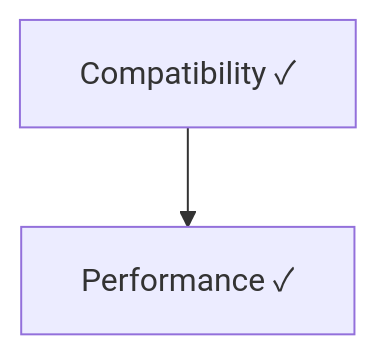
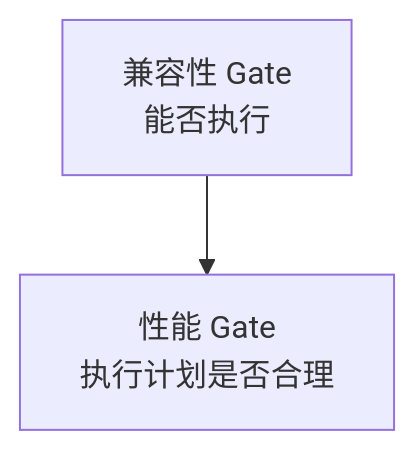
Before and after one commit to PawSQL/pawsql-docs-mantlify: the third of 3 diagrams in docs/use-cases/database-migration-sql-governance.mdx, drawn with Mermaid. The commit also changed other lines of this file and 82 other files, not shown here.

````diff
--- a/docs/use-cases/database-migration-sql-governance.mdx
+++ b/docs/use-cases/database-migration-sql-governance.mdx
@@ -980,4 +106,4 @@
 ```mermaid
 flowchart TD
-    A["Compatibility ✓"] --> B["Performance ✓"]
+    A["兼容性 Gate<br/>能否执行"] --> B["性能 Gate<br/>执行计划是否合理"]
 ```
````
